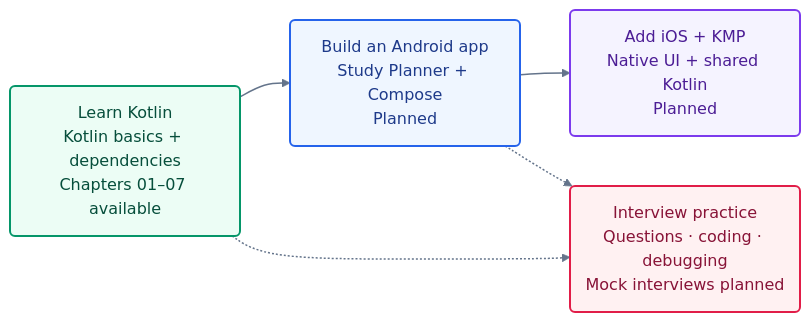
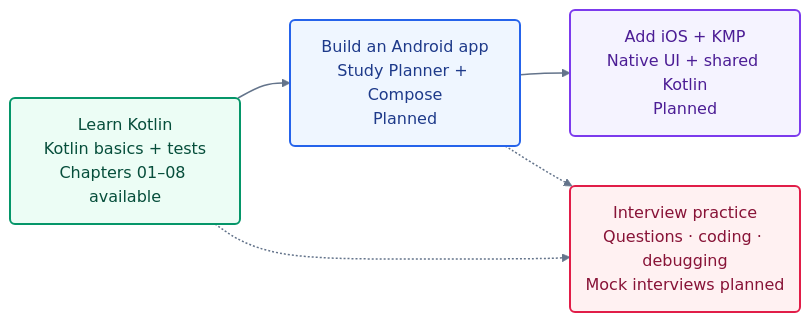
One commit to roshanevala/Kotlin-101-The-Mobile-Workshop changed the diagram in README.md. Above: the diagram before and after it, drawn with Mermaid. The commit also changed other lines of this file and 21 other files, not shown here.

Commit message:
feat: add chapter 08 tests and Kotlin pitfalls

````diff
--- a/README.md
+++ b/README.md
@@ -11,20 +11,20 @@
 ```mermaid
 flowchart LR
     accTitle: From Kotlin basics to a mobile app and interview practice
     accDescr: Start with the available Kotlin lessons. Build an Android app, then add iOS and shared Kotlin logic in planned stages. Practise lesson questions and debugging along the way; dedicated coding challenges and mock interviews are planned.
 
-    K("Learn Kotlin<br/>Kotlin basics + dependencies<br/>Chapters 01–07 available"):::basics
+    K("Learn Kotlin<br/>Kotlin basics + tests<br/>Chapters 01–08 available"):::basics
     A("Build an Android app<br/>Study Planner + Compose<br/>Planned"):::android
     M("Add iOS + KMP<br/>Native UI + shared Kotlin<br/>Planned"):::multiplatform
     I("Interview practice<br/>Questions · coding · debugging<br/>Mock interviews planned"):::interview
 
     K --> A --> M
     K -.-> I
     A -.-> I
 
     classDef basics fill:#ecfdf5,stroke:#059669,color:#064e3b,stroke-width:2px
     classDef android fill:#eff6ff,stroke:#2563eb,color:#1e3a8a,stroke-width:2px
     classDef multiplatform fill:#f5f3ff,stroke:#7c3aed,color:#4c1d95,stroke-width:2px
     classDef interview fill:#fff1f2,stroke:#e11d48,color:#881337,stroke-width:2px
     linkStyle default stroke:#64748b,stroke-width:1.5px
 ```
````
